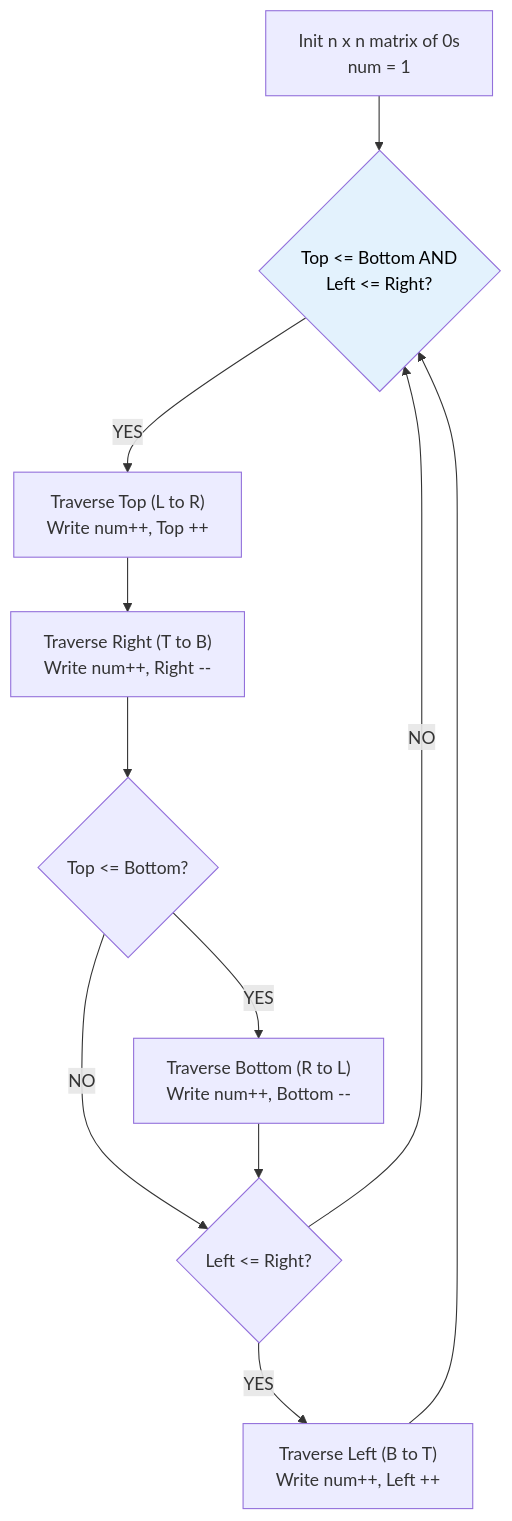
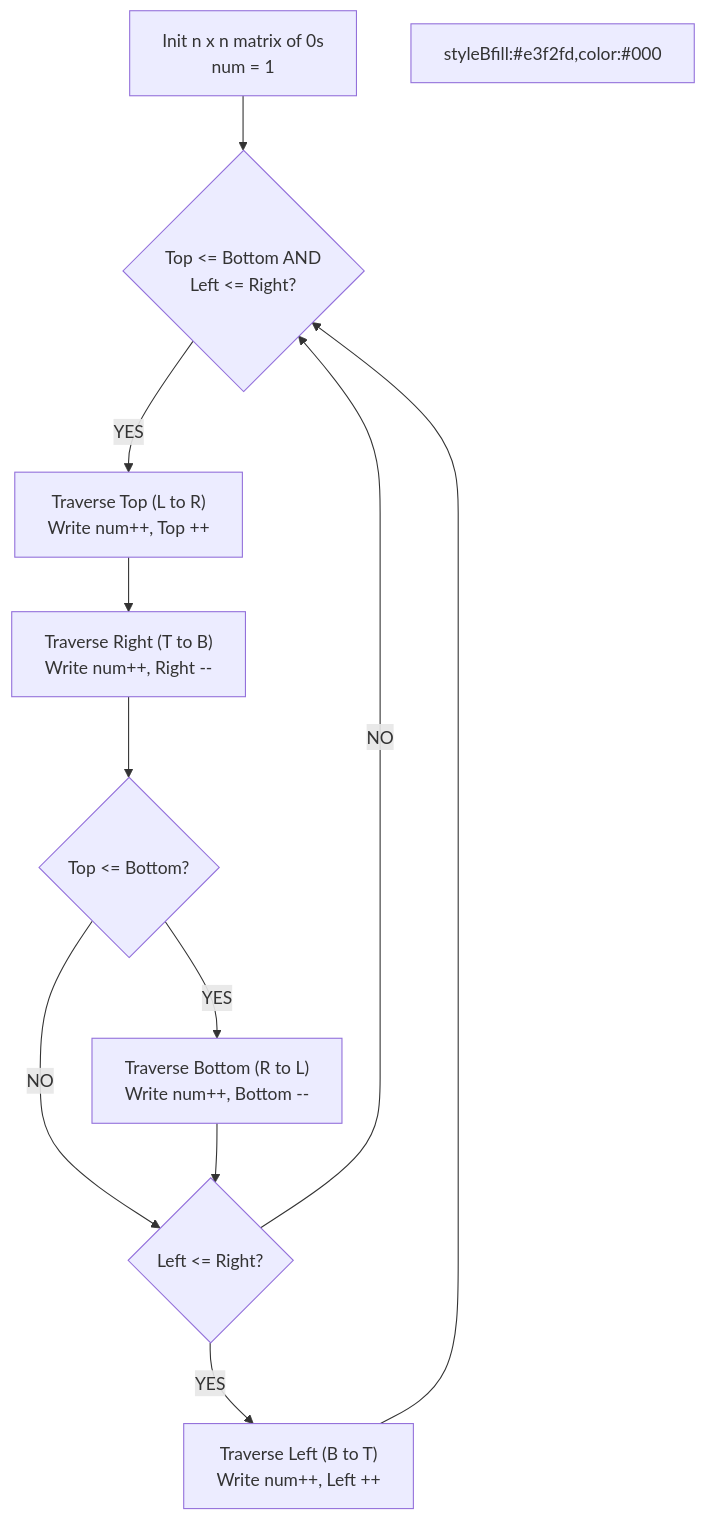
One commit to vadde/DSA changed the diagram in 34 - Simulation Pattern/problem_07_spiral_matrix_ii_walkthrough.md. Above: the diagram before and after it, drawn with Mermaid. The commit also changed 245 other files, not shown here.

First line of the commit message:
fix: Forensic fix of all Mermaid rendering issues across entire DSA repo + add pre-commit validation infrastructure

````diff
--- a/34 - Simulation Pattern/problem_07_spiral_matrix_ii_walkthrough.md
+++ b/34 - Simulation Pattern/problem_07_spiral_matrix_ii_walkthrough.md
@@ -43,15 +43,15 @@
 ```mermaid
 flowchart TD
     A["Init n x n matrix of 0s\nnum = 1"] --> B{"Top <= Bottom AND\nLeft <= Right?"}
     B -->|YES| C["Traverse Top (L to R)\nWrite num++, Top ++"]
     C --> D["Traverse Right (T to B)\nWrite num++, Right --"]
     D --> E{"Top <= Bottom?"}
     E -->|YES| F["Traverse Bottom (R to L)\nWrite num++, Bottom --"]
     E -->|NO| G
     F --> G{"Left <= Right?"}
     G -->|YES| H["Traverse Left (B to T)\nWrite num++, Left ++"]
     G -->|NO| B
     H --> B
-    
-    style B fill:#e3f2fd,color:#000
+
+styleBfill:#e3f2fd,color:#000
 ```
````
